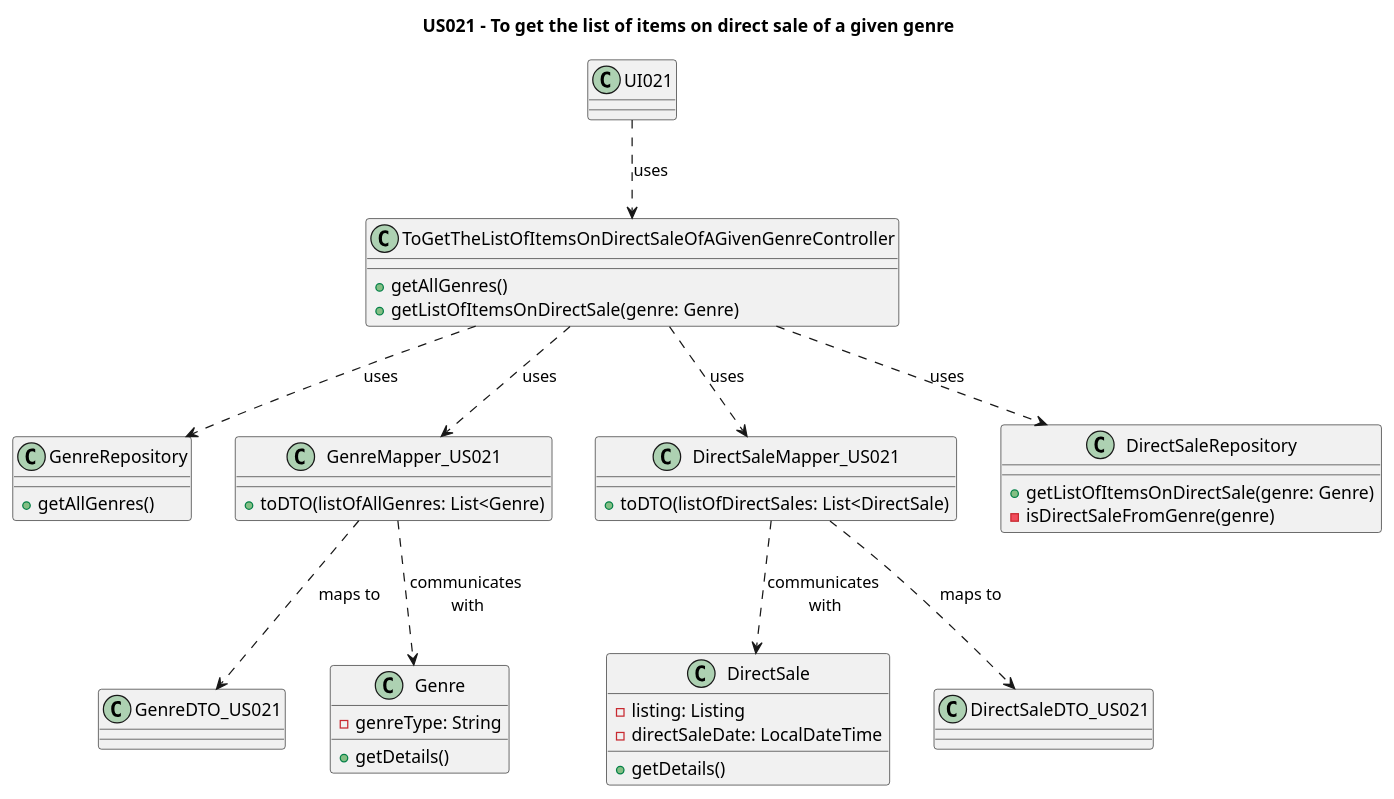
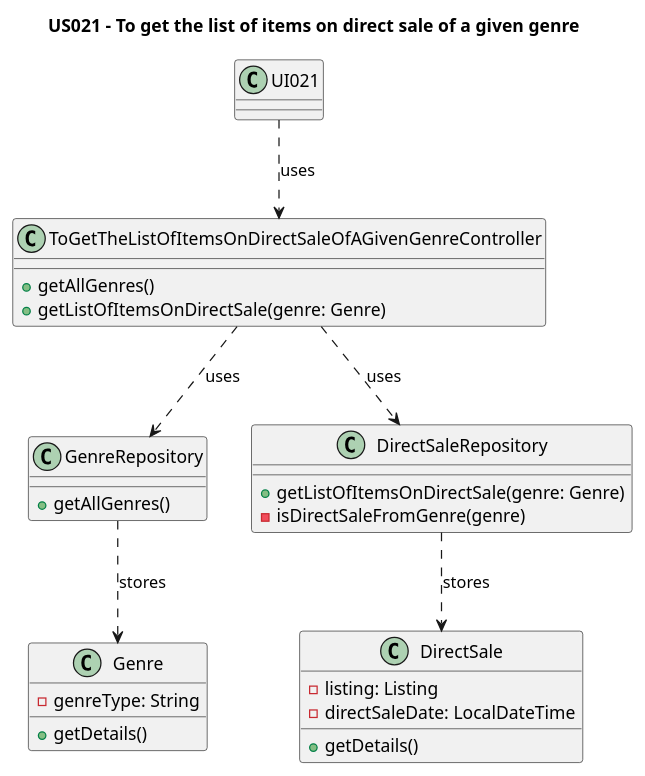
One commit to AndrePereiraGitH/SWitCH-Project-Team_A changed the diagram in Diagrams/ClassDiagrams/US021-to-get-the-list-of-items-on-direct-sale-of-a-given-genre.puml. Above: the diagram before and after it, drawn with PlantUML. The commit also changed 1 other file, not shown here.

Commit message:
Updated class diagrams to US021 nad US022 to presentation

```diff
--- a/Diagrams/ClassDiagrams/US021-to-get-the-list-of-items-on-direct-sale-of-a-given-genre.puml
+++ b/Diagrams/ClassDiagrams/US021-to-get-the-list-of-items-on-direct-sale-of-a-given-genre.puml
@@ -1,56 +1,62 @@
 @startuml
 title US021 - To get the list of items on direct sale of a given genre
 
 class UI021 {
 
 }
 
 class ToGetTheListOfItemsOnDirectSaleOfAGivenGenreController {
   +getAllGenres()
   +getListOfItemsOnDirectSale(genre: Genre)
 }
 
 class GenreRepository {
   +getAllGenres()
 }
 
-class GenreDTO_US021 {
-}
+'class GenreDTO_US021 {}
 
 class Genre {
     -genreType: String
     +getDetails()
 }
 
+'tirei
+'class GenreMapper_US021 {
+   '+toDTO(listOfAllGenres: List<Genre)
+'}
 
-class GenreMapper_US021 {
-   +toDTO(listOfAllGenres: List<Genre)
-}
 
-class DirectSaleMapper_US021 {
-   +toDTO(listOfDirectSales: List<DirectSale)
-}
+'tirei
+'class DirectSaleMapper_US021 {
+ '  +toDTO(listOfDirectSales: List<DirectSale)}
 
 class DirectSaleRepository {
   +getListOfItemsOnDirectSale(genre: Genre)
   -isDirectSaleFromGenre(genre)
 }
 
 class DirectSale {
   - listing: Listing
   - directSaleDate: LocalDateTime
   +getDetails()
 }
 ' Interactions
 
 UI021 ..> ToGetTheListOfItemsOnDirectSaleOfAGivenGenreController : uses
 ToGetTheListOfItemsOnDirectSaleOfAGivenGenreController ..> DirectSaleRepository : uses
 ToGetTheListOfItemsOnDirectSaleOfAGivenGenreController ..> GenreRepository : uses
-ToGetTheListOfItemsOnDirectSaleOfAGivenGenreController ..> GenreMapper_US021 : uses
-GenreMapper_US021 ..> GenreDTO_US021 : maps to
-GenreMapper_US021 ..> Genre : communicates\n with
-DirectSaleMapper_US021 ..>  DirectSale : communicates\n with
-ToGetTheListOfItemsOnDirectSaleOfAGivenGenreController ..> DirectSaleMapper_US021 : uses
-DirectSaleMapper_US021 ..> DirectSaleDTO_US021 : maps to
+
+'tirei
+'ToGetTheListOfItemsOnDirectSaleOfAGivenGenreController ..> GenreMapper_US021 : uses
+'GenreMapper_US021 ..> GenreDTO_US021 : maps to
+'GenreMapper_US021 ..> Genre : communicates\n with
+'DirectSaleMapper_US021 ..>  DirectSale : communicates\n with
+'ToGetTheListOfItemsOnDirectSaleOfAGivenGenreController ..> DirectSaleMapper_US021 : uses
+'DirectSaleMapper_US021 ..> DirectSaleDTO_US021 : maps to
+
+GenreRepository ..> Genre : stores
+DirectSaleRepository ..> DirectSale : stores
+
 
 @enduml
```
